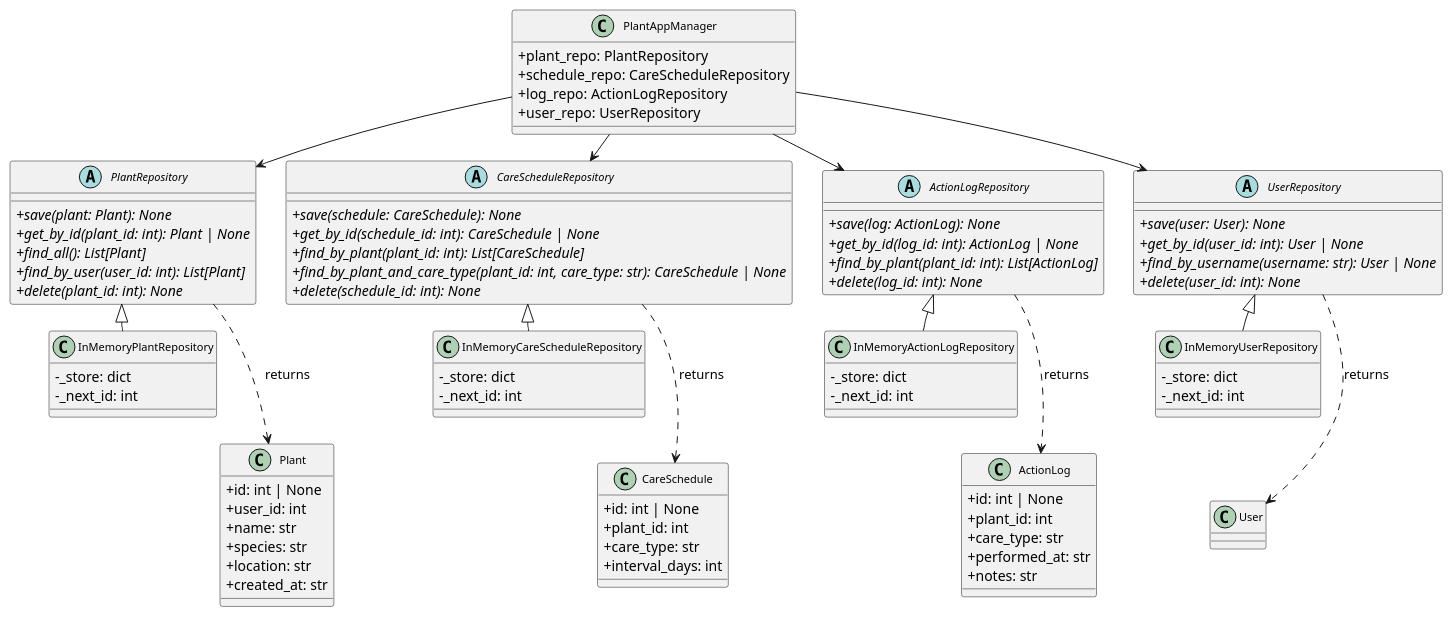
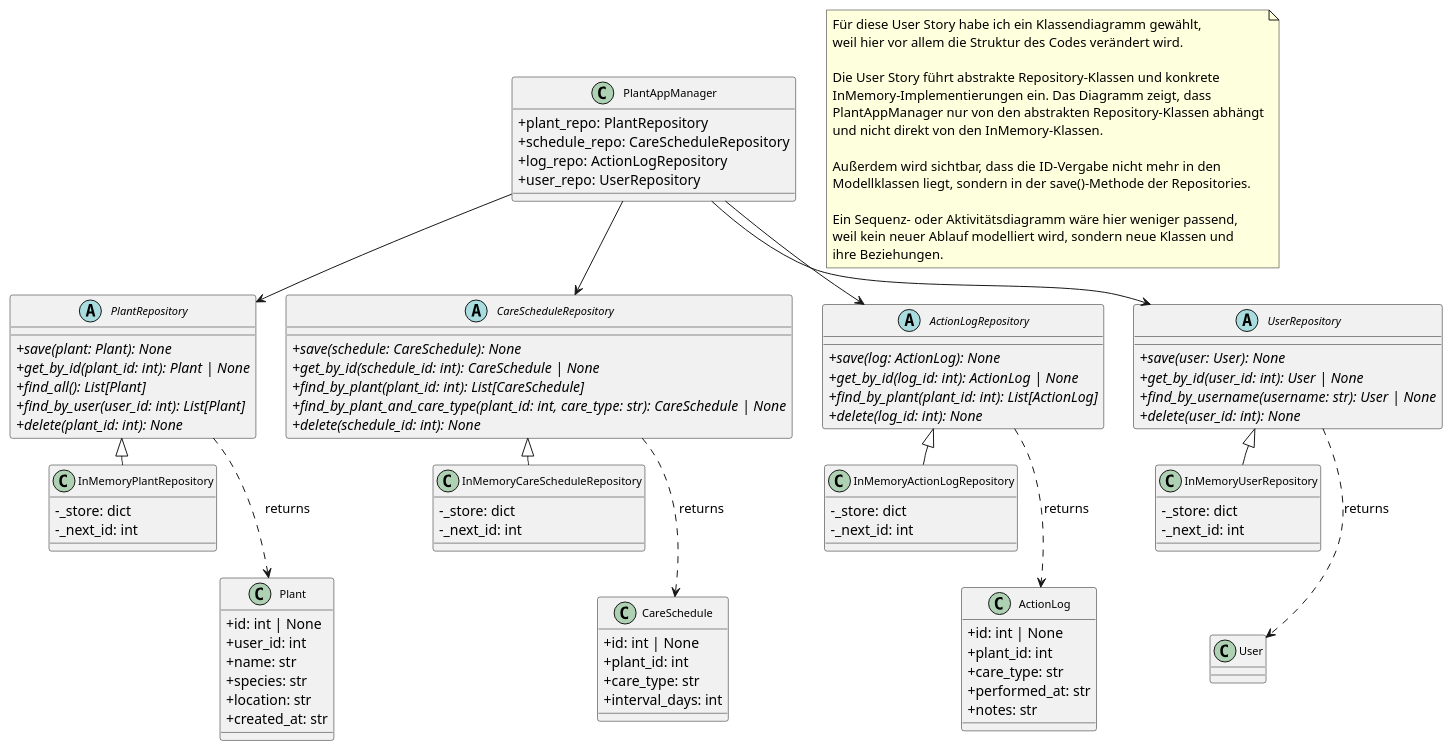
The diagram in diagrams/us4_repository_pattern.puml (Annika-Ostendorp/pflanzenkalender-teil-2), drawn with PlantUML before and after one commit.

Commit message:
Update UML note to explain why a class diagram is used for the Repository Pattern user story

```diff
--- a/diagrams/us4_repository_pattern.puml
+++ b/diagrams/us4_repository_pattern.puml
@@ -1,137 +1,153 @@
 @startuml repository-pattern
 skinparam classAttributeIconSize 0
 skinparam classFontSize 11
 skinparam nodesep 30
 skinparam ranksep 25
 top to bottom direction
 
 
 class PlantAppManager {
   +plant_repo: PlantRepository
   +schedule_repo: CareScheduleRepository
   +log_repo: ActionLogRepository
   +user_repo: UserRepository
 }
 
 
 abstract class PlantRepository {
   {abstract} +save(plant: Plant): None
   {abstract} +get_by_id(plant_id: int): Plant | None
   {abstract} +find_all(): List[Plant]
   {abstract} +find_by_user(user_id: int): List[Plant]
   {abstract} +delete(plant_id: int): None
 }
 
 
 abstract class CareScheduleRepository {
   {abstract} +save(schedule: CareSchedule): None
   {abstract} +get_by_id(schedule_id: int): CareSchedule | None
   {abstract} +find_by_plant(plant_id: int): List[CareSchedule]
   {abstract} +find_by_plant_and_care_type(plant_id: int, care_type: str): CareSchedule | None
   {abstract} +delete(schedule_id: int): None
 }
 
 
 abstract class ActionLogRepository {
   {abstract} +save(log: ActionLog): None
   {abstract} +get_by_id(log_id: int): ActionLog | None
   {abstract} +find_by_plant(plant_id: int): List[ActionLog]
   {abstract} +delete(log_id: int): None
 }
 
 abstract class UserRepository {
   {abstract} +save(user: User): None
   {abstract} +get_by_id(user_id: int): User | None
   {abstract} +find_by_username(username: str): User | None
   {abstract} +delete(user_id: int): None
 }
 
 class InMemoryPlantRepository {
   -_store: dict
   -_next_id: int
 }
 
 
 class InMemoryCareScheduleRepository {
   -_store: dict
   -_next_id: int
 }
 
 
 class InMemoryActionLogRepository {
   -_store: dict
   -_next_id: int
 }
 
 class InMemoryUserRepository {
   -_store: dict
   -_next_id: int
 }
 
 
 class Plant {
   +id: int | None
   +user_id: int
   +name: str
   +species: str
   +location: str
   +created_at: str
 }
 
 class CareSchedule {
   +id: int | None
   +plant_id: int
   +care_type: str
   +interval_days: int
 }
 
 
 class ActionLog {
   +id: int | None
   +plant_id: int
   +care_type: str
   +performed_at: str
   +notes: str
 }
 
 ' ── Dependency Inversion: Manager → abstract interfaces ──
 PlantAppManager --> PlantRepository
 PlantAppManager --> CareScheduleRepository
 PlantAppManager --> ActionLogRepository
 PlantAppManager --> UserRepository
 
 
 ' ── Implementations ─────────────────────────────────────
 PlantRepository <|-- InMemoryPlantRepository
 CareScheduleRepository <|-- InMemoryCareScheduleRepository
 ActionLogRepository <|-- InMemoryActionLogRepository
 UserRepository <|-- InMemoryUserRepository
 
 
 ' ── Repository returns domain models ─────────────────────
 PlantRepository ..> Plant : returns
 CareScheduleRepository ..> CareSchedule : returns
 ActionLogRepository ..> ActionLog : returns
 UserRepository ..> User : returns
 
 ' ── Column layout (left → right) ─────────────────────────
 PlantRepository -[hidden]right- CareScheduleRepository
 CareScheduleRepository -[hidden]right- ActionLogRepository
 ActionLogRepository -[hidden]right- UserRepository
 InMemoryPlantRepository -[hidden]right- InMemoryCareScheduleRepository
 InMemoryCareScheduleRepository -[hidden]right- InMemoryActionLogRepository
 InMemoryActionLogRepository -[hidden]right- InMemoryUserRepository
 Plant -[hidden]right- CareSchedule
 CareSchedule -[hidden]right- ActionLog
 ActionLog -[hidden]right- User
 PlantRepository -[hidden]down- InMemoryPlantRepository
 InMemoryPlantRepository -[hidden]down- Plant
 CareScheduleRepository -[hidden]down- InMemoryCareScheduleRepository
 InMemoryCareScheduleRepository -[hidden]down- CareSchedule
 ActionLogRepository -[hidden]down- InMemoryActionLogRepository
 InMemoryActionLogRepository -[hidden]down- ActionLog
 UserRepository -[hidden]down- InMemoryUserRepository
 InMemoryUserRepository -[hidden]down- User
 
+note as N1
+Für diese User Story habe ich ein Klassendiagramm gewählt,
+weil hier vor allem die Struktur des Codes verändert wird.
+
+Die User Story führt abstrakte Repository-Klassen und konkrete
+InMemory-Implementierungen ein. Das Diagramm zeigt, dass
+PlantAppManager nur von den abstrakten Repository-Klassen abhängt
+und nicht direkt von den InMemory-Klassen.
+
+Außerdem wird sichtbar, dass die ID-Vergabe nicht mehr in den
+Modellklassen liegt, sondern in der save()-Methode der Repositories.
+
+Ein Sequenz- oder Aktivitätsdiagramm wäre hier weniger passend,
+weil kein neuer Ablauf modelliert wird, sondern neue Klassen und
+ihre Beziehungen.
+end note
 
 @enduml
```
